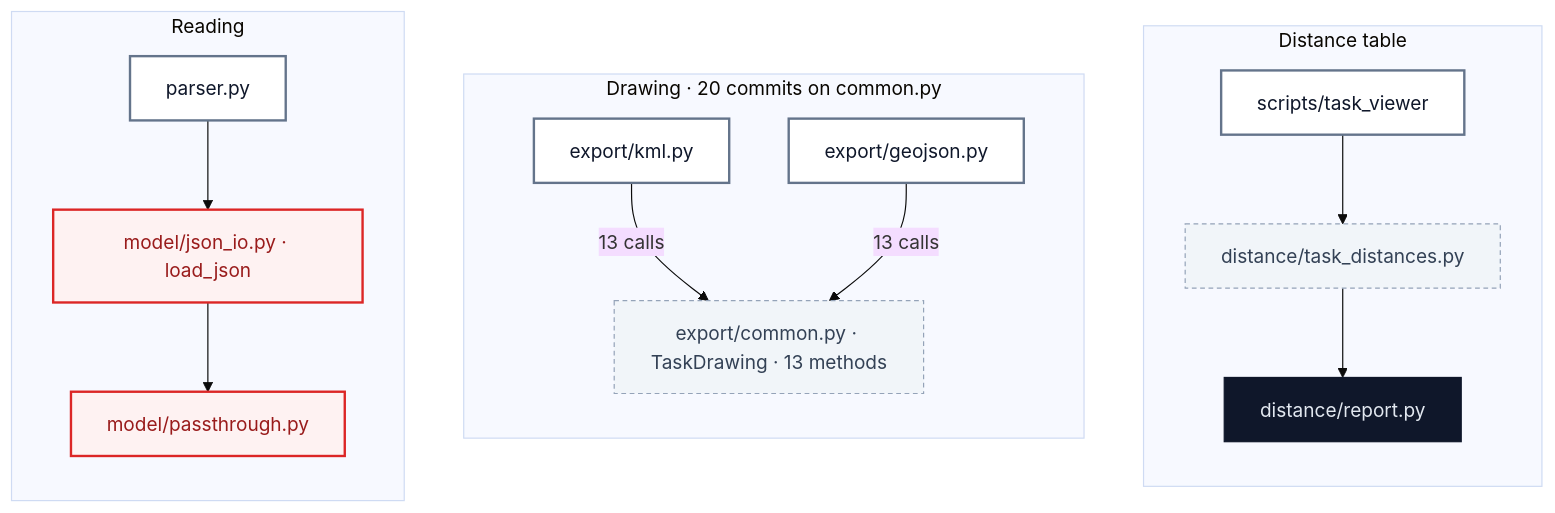
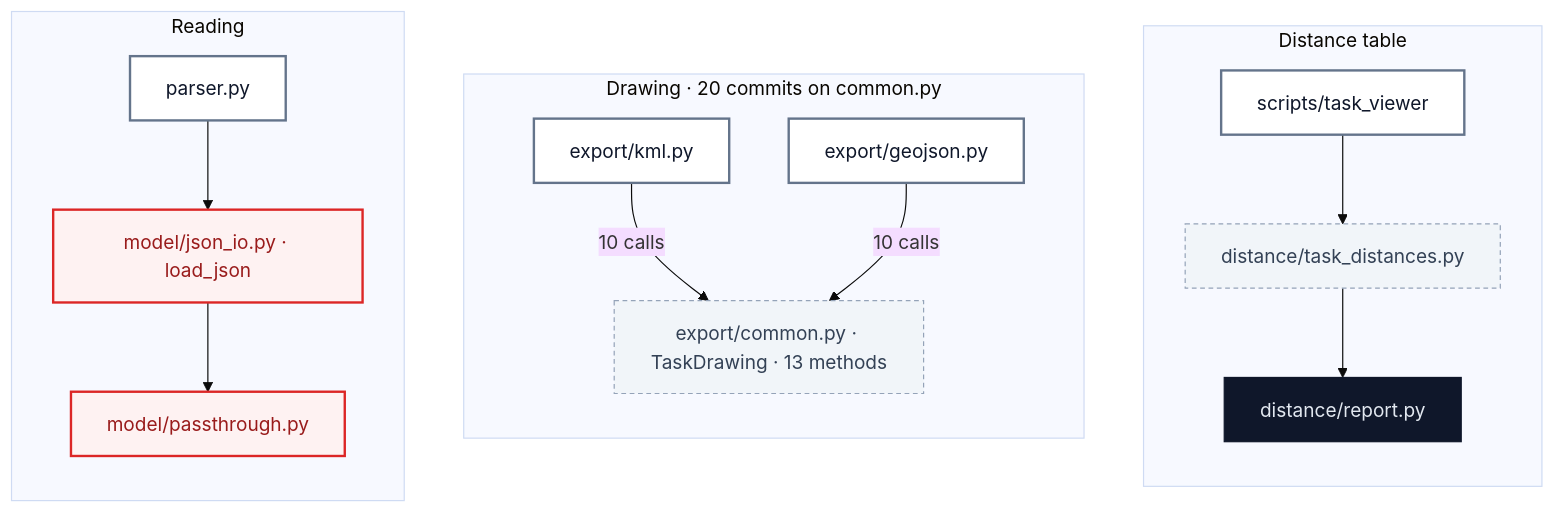
Before and after one commit to simonsteiner/pyxctsk: the second of 2 diagrams in docs/arch-review/2026-11-23-json-and-drawing/README.md, drawn with Mermaid (base theme). The commit also changed other lines of this file and 1 other file, not shown here.

````diff
--- a/docs/arch-review/2026-11-23-json-and-drawing/README.md
+++ b/docs/arch-review/2026-11-23-json-and-drawing/README.md
@@ -50,24 +50,24 @@
 ```mermaid
 flowchart LR
   subgraph read["Reading"]
     direction TB
     P["parser.py"]:::module --> LJ["model/json_io.py · load_json"]:::leak
     LJ --> PT["model/passthrough.py"]:::leak
   end
   subgraph draw["Drawing · 20 commits on common.py"]
     direction TB
     TD["export/common.py · TaskDrawing · 13 methods"]:::shallow
-    K["export/kml.py"]:::module -- "13 calls" --> TD
-    G["export/geojson.py"]:::module -- "13 calls" --> TD
+    K["export/kml.py"]:::module -- "10 calls" --> TD
+    G["export/geojson.py"]:::module -- "10 calls" --> TD
   end
   subgraph table["Distance table"]
     direction TB
     TT["distance/task_distances.py"]:::shallow --> R["distance/report.py"]:::deep
     V["scripts/task_viewer"]:::module --> TT
   end
   read ~~~ draw ~~~ table
   classDef module fill:#ffffff,stroke:#64748b,stroke-width:2px,color:#0f172a
   classDef shallow fill:#f1f5f9,stroke:#94a3b8,stroke-dasharray:4 3,color:#334155
   classDef deep fill:#0f172a,stroke:#0f172a,color:#e2e8f0
   classDef leak fill:#fef2f2,stroke:#dc2626,stroke-width:2px,color:#991b1b
 ```
````
